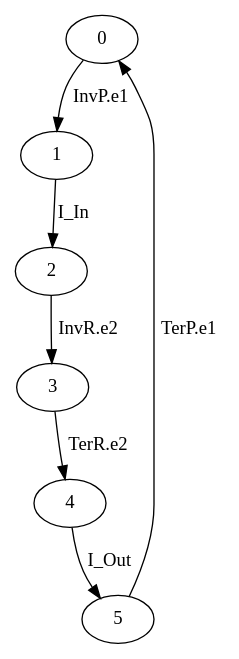
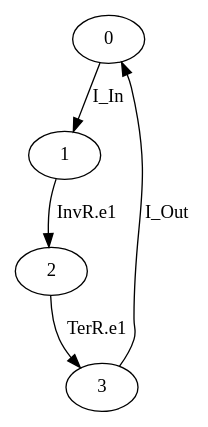
Before and after one commit to gfads/midarch: the diagram in src/gmidarch/development/repositories/dot/Fibonacciproxy.dot, drawn with Graphviz. The commit also changed 26 other files, not shown here.

```diff
--- a/src/gmidarch/development/repositories/dot/Fibonacciproxy.dot
+++ b/src/gmidarch/development/repositories/dot/Fibonacciproxy.dot
@@ -1,8 +1,6 @@
 digraph G {
-  0 -> 1 [ label="InvP.e1" ];
-  1 -> 2 [ label="I_In" ];
-  2 -> 3 [ label="InvR.e2" ];
-  3 -> 4 [ label="TerR.e2" ];
-  4 -> 5 [ label="I_Out" ];
-  5 -> 0 [ label="TerP.e1" ];
+  0 -> 1 [ label="I_In" ];
+  1 -> 2 [ label="InvR.e1" ];
+  2 -> 3 [ label="TerR.e1" ];
+  3 -> 0 [ label="I_Out" ];
 }
```
